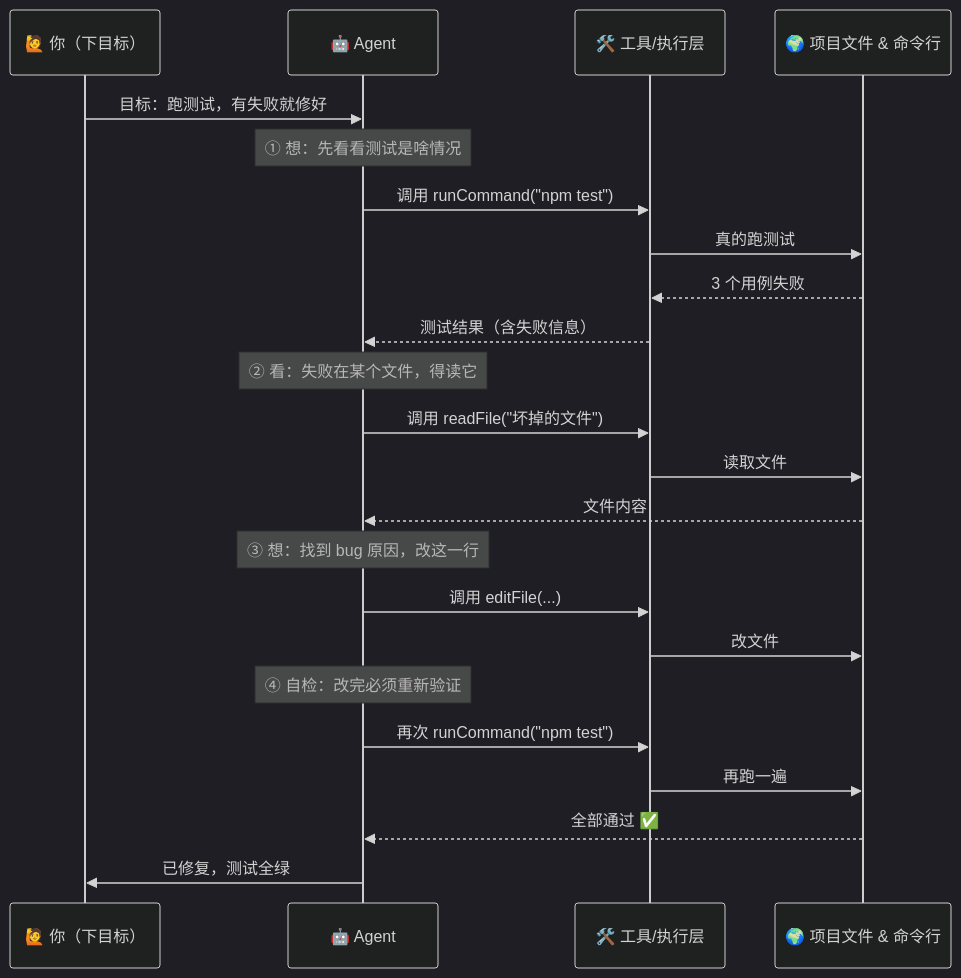
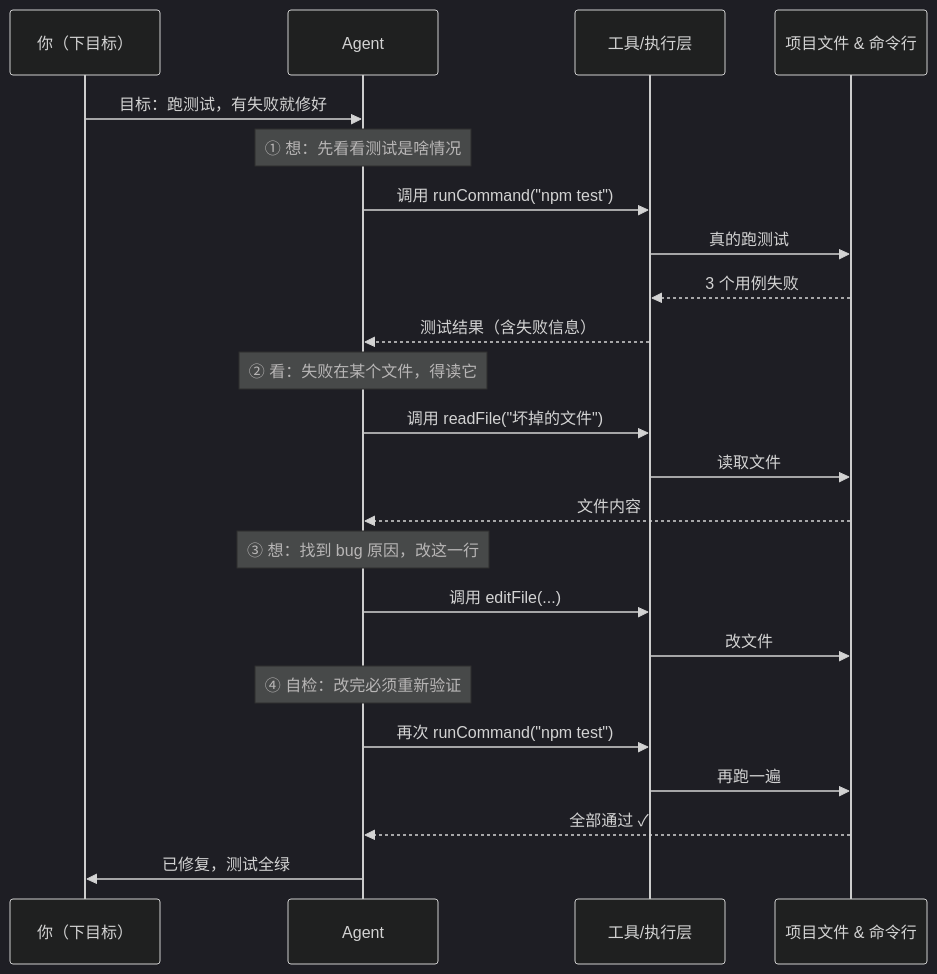
One commit to luckykhy/KhyAiHub changed the third of 5 diagrams in docs/02_CONCEPTS_概念入门/CONCEPT/[CONCEPT-01] 什么是Agent-智能体.md. Above: the diagram before and after it, drawn with Mermaid (dark theme). The commit also changed other lines of this file and 19 other files, not shown here.

````diff
--- a/docs/02_CONCEPTS_概念入门/CONCEPT/[CONCEPT-01] 什么是Agent-智能体.md
+++ b/docs/02_CONCEPTS_概念入门/CONCEPT/[CONCEPT-01] 什么是Agent-智能体.md
@@ -120,26 +120,26 @@
 ```mermaid
 sequenceDiagram
-  participant You as 🙋 你（下目标）
-  participant Agent as 🤖 Agent
-  participant Tool as 🛠️ 工具/执行层
-  participant World as 🌍 项目文件 & 命令行
+  participant You as 你（下目标）
+  participant Agent as Agent
+  participant Tool as 工具/执行层
+  participant World as 项目文件 & 命令行
 
   You->>Agent: 目标：跑测试，有失败就修好
   Note over Agent: ① 想：先看看测试是啥情况
   Agent->>Tool: 调用 runCommand("npm test")
   Tool->>World: 真的跑测试
   World-->>Tool: 3 个用例失败
   Tool-->>Agent: 测试结果（含失败信息）
   Note over Agent: ② 看：失败在某个文件，得读它
   Agent->>Tool: 调用 readFile("坏掉的文件")
   Tool->>World: 读取文件
   World-->>Agent: 文件内容
   Note over Agent: ③ 想：找到 bug 原因，改这一行
   Agent->>Tool: 调用 editFile(...)
   Tool->>World: 改文件
   Note over Agent: ④ 自检：改完必须重新验证
   Agent->>Tool: 再次 runCommand("npm test")
   Tool->>World: 再跑一遍
-  World-->>Agent: 全部通过 ✅
+  World-->>Agent: 全部通过 ✓
   Agent->>You: 已修复，测试全绿
 ```
````
